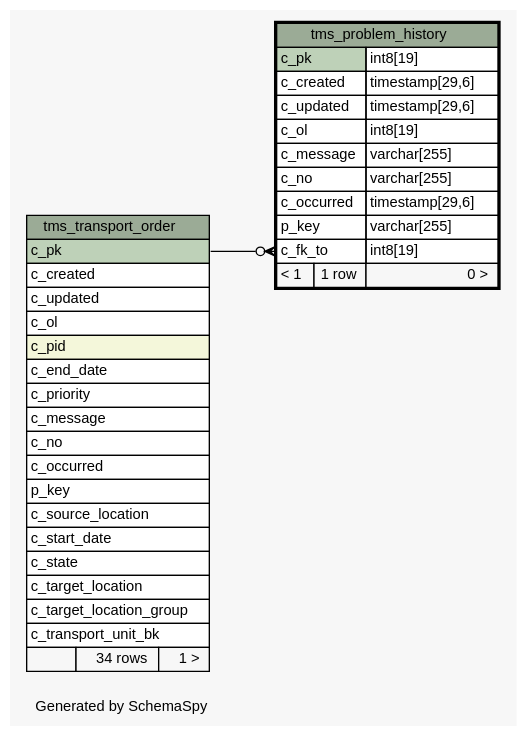
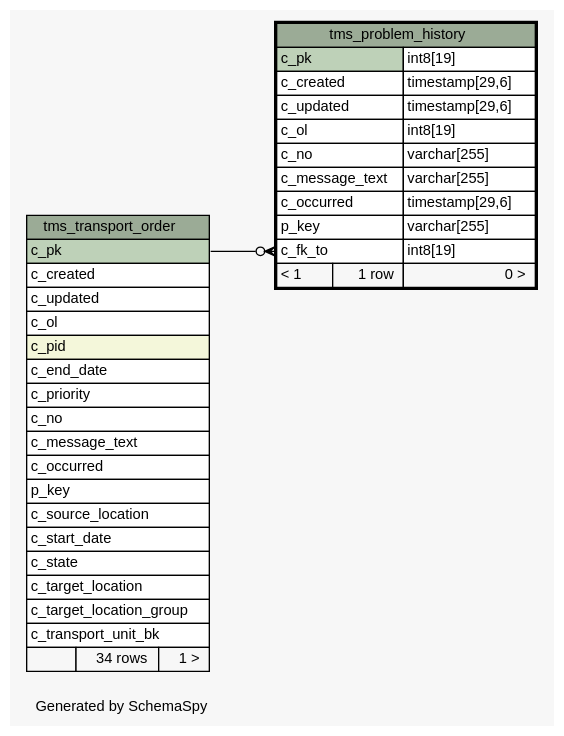
One commit to openwms/org.openwms.tms.transportation changed the diagram in 2.0.0-SNAPSHOT/schemaspy/diagrams/tms_problem_history.1degree.dot. Above: the diagram before and after it, drawn with Graphviz. The commit also changed 263 other files, not shown here.

```diff
--- a/2.0.0-SNAPSHOT/schemaspy/diagrams/tms_problem_history.1degree.dot
+++ b/2.0.0-SNAPSHOT/schemaspy/diagrams/tms_problem_history.1degree.dot
@@ -1,67 +1,67 @@
 // dot 2.43.0 on Linux 5.13.0-1022-azure
 // SchemaSpy rev Unknown
 digraph "oneDegreeRelationshipsDiagram" {
   graph [
     rankdir="RL"
     bgcolor="#f7f7f7"
     label="\nGenerated by SchemaSpy"
     labeljust="l"
     nodesep="0.18"
     ranksep="0.46"
     fontname="Helvetica"
     fontsize="11"
   ];
   node [
     fontname="Helvetica"
     fontsize="11"
     shape="plaintext"
   ];
   edge [
     arrowsize="0.8"
   ];
   "tms_problem_history":"c_fk_to":w -> "tms_transport_order":"c_pk":e [arrowhead=none dir=back arrowtail=crowodot];
   "tms_problem_history" [
     label=<
     <TABLE BORDER="2" CELLBORDER="1" CELLSPACING="0" BGCOLOR="#ffffff">
       <TR><TD COLSPAN="3" BGCOLOR="#9bab96" ALIGN="CENTER">tms_problem_history</TD></TR>
       <TR><TD PORT="c_pk" COLSPAN="2" BGCOLOR="#bed1b8" ALIGN="LEFT">c_pk</TD><TD PORT="c_pk.type" ALIGN="LEFT">int8[19]</TD></TR>
       <TR><TD PORT="c_created" COLSPAN="2" ALIGN="LEFT">c_created</TD><TD PORT="c_created.type" ALIGN="LEFT">timestamp[29,6]</TD></TR>
       <TR><TD PORT="c_updated" COLSPAN="2" ALIGN="LEFT">c_updated</TD><TD PORT="c_updated.type" ALIGN="LEFT">timestamp[29,6]</TD></TR>
       <TR><TD PORT="c_ol" COLSPAN="2" ALIGN="LEFT">c_ol</TD><TD PORT="c_ol.type" ALIGN="LEFT">int8[19]</TD></TR>
-      <TR><TD PORT="c_message" COLSPAN="2" ALIGN="LEFT">c_message</TD><TD PORT="c_message.type" ALIGN="LEFT">varchar[255]</TD></TR>
       <TR><TD PORT="c_no" COLSPAN="2" ALIGN="LEFT">c_no</TD><TD PORT="c_no.type" ALIGN="LEFT">varchar[255]</TD></TR>
+      <TR><TD PORT="c_message_text" COLSPAN="2" ALIGN="LEFT">c_message_text</TD><TD PORT="c_message_text.type" ALIGN="LEFT">varchar[255]</TD></TR>
       <TR><TD PORT="c_occurred" COLSPAN="2" ALIGN="LEFT">c_occurred</TD><TD PORT="c_occurred.type" ALIGN="LEFT">timestamp[29,6]</TD></TR>
       <TR><TD PORT="p_key" COLSPAN="2" ALIGN="LEFT">p_key</TD><TD PORT="p_key.type" ALIGN="LEFT">varchar[255]</TD></TR>
       <TR><TD PORT="c_fk_to" COLSPAN="2" ALIGN="LEFT">c_fk_to</TD><TD PORT="c_fk_to.type" ALIGN="LEFT">int8[19]</TD></TR>
       <TR><TD ALIGN="LEFT" BGCOLOR="#f7f7f7">&lt; 1</TD><TD ALIGN="RIGHT" BGCOLOR="#f7f7f7">1 row</TD><TD ALIGN="RIGHT" BGCOLOR="#f7f7f7">0 &gt;</TD></TR>
     </TABLE>>
     URL="tms_problem_history.html"
     tooltip="tms_problem_history"
   ];
   "tms_transport_order" [
     label=<
     <TABLE BORDER="0" CELLBORDER="1" CELLSPACING="0" BGCOLOR="#ffffff">
       <TR><TD COLSPAN="3" BGCOLOR="#9bab96" ALIGN="CENTER">tms_transport_order</TD></TR>
       <TR><TD PORT="c_pk" COLSPAN="3" BGCOLOR="#bed1b8" ALIGN="LEFT">c_pk</TD></TR>
       <TR><TD PORT="c_created" COLSPAN="3" ALIGN="LEFT">c_created</TD></TR>
       <TR><TD PORT="c_updated" COLSPAN="3" ALIGN="LEFT">c_updated</TD></TR>
       <TR><TD PORT="c_ol" COLSPAN="3" ALIGN="LEFT">c_ol</TD></TR>
       <TR><TD PORT="c_pid" COLSPAN="3" BGCOLOR="#f4f7da" ALIGN="LEFT">c_pid</TD></TR>
       <TR><TD PORT="c_end_date" COLSPAN="3" ALIGN="LEFT">c_end_date</TD></TR>
       <TR><TD PORT="c_priority" COLSPAN="3" ALIGN="LEFT">c_priority</TD></TR>
-      <TR><TD PORT="c_message" COLSPAN="3" ALIGN="LEFT">c_message</TD></TR>
       <TR><TD PORT="c_no" COLSPAN="3" ALIGN="LEFT">c_no</TD></TR>
+      <TR><TD PORT="c_message_text" COLSPAN="3" ALIGN="LEFT">c_message_text</TD></TR>
       <TR><TD PORT="c_occurred" COLSPAN="3" ALIGN="LEFT">c_occurred</TD></TR>
       <TR><TD PORT="p_key" COLSPAN="3" ALIGN="LEFT">p_key</TD></TR>
       <TR><TD PORT="c_source_location" COLSPAN="3" ALIGN="LEFT">c_source_location</TD></TR>
       <TR><TD PORT="c_start_date" COLSPAN="3" ALIGN="LEFT">c_start_date</TD></TR>
       <TR><TD PORT="c_state" COLSPAN="3" ALIGN="LEFT">c_state</TD></TR>
       <TR><TD PORT="c_target_location" COLSPAN="3" ALIGN="LEFT">c_target_location</TD></TR>
       <TR><TD PORT="c_target_location_group" COLSPAN="3" ALIGN="LEFT">c_target_location_group</TD></TR>
       <TR><TD PORT="c_transport_unit_bk" COLSPAN="3" ALIGN="LEFT">c_transport_unit_bk</TD></TR>
       <TR><TD ALIGN="LEFT" BGCOLOR="#f7f7f7">  </TD><TD ALIGN="RIGHT" BGCOLOR="#f7f7f7">34 rows</TD><TD ALIGN="RIGHT" BGCOLOR="#f7f7f7">1 &gt;</TD></TR>
     </TABLE>>
     URL="tms_transport_order.html"
     tooltip="tms_transport_order"
   ];
 }
```
